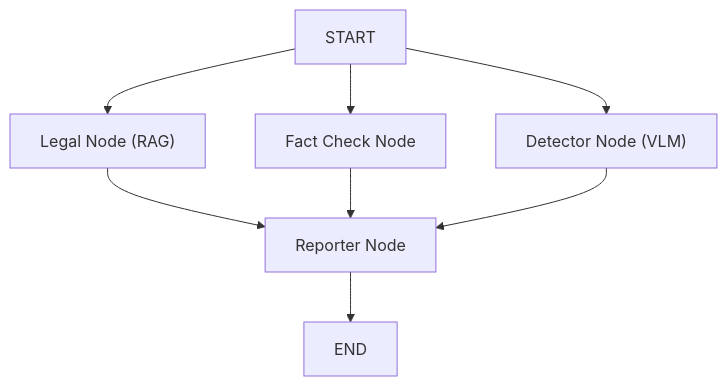
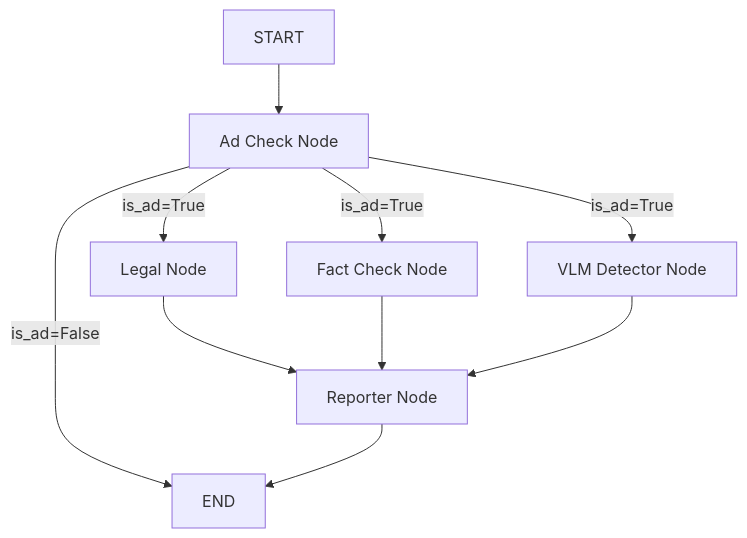
The diagram in README.md (SKT-FLY-AI-Challenger-D2/ai), drawn with Mermaid before and after one commit. The commit also changed other lines of this file and 6 other files, not shown here.

Commit message:
ad check node added, README Edited

````diff
--- a/README.md
+++ b/README.md
@@ -14,12 +14,14 @@
 ```mermaid
 graph TD
-    START --> Legal["Legal Node (RAG)"]
-    START --> Fact["Fact Check Node"]
-    START --> Detector["Detector Node (VLM)"]
+    START --> AdCheck["Ad Check Node"]
+    AdCheck -- "is_ad=True" --> Legal["Legal Node"]
+    AdCheck -- "is_ad=True" --> Fact["Fact Check Node"]
+    AdCheck -- "is_ad=True" --> Detector["VLM Detector Node"]
+    AdCheck -- "is_ad=False" --> END
     
     Legal --> Reporter["Reporter Node"]
     Fact --> Reporter
     Detector --> Reporter
     
     Reporter --> END
 ```
````
